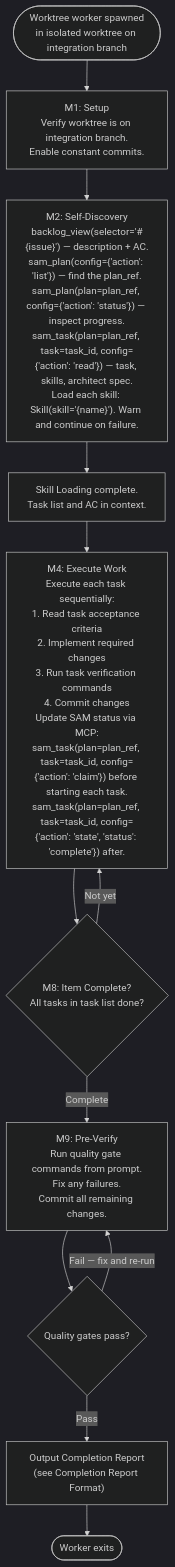
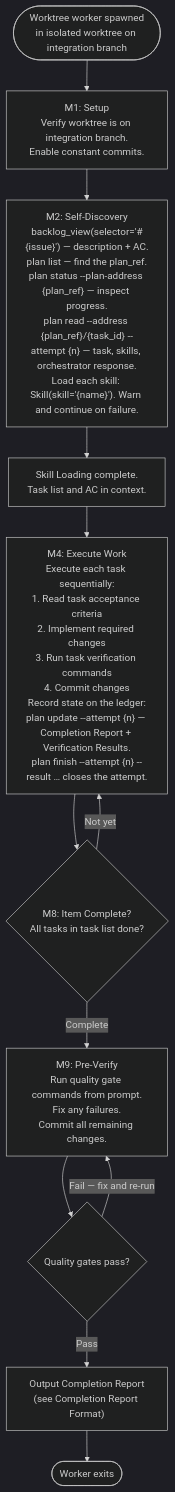
One commit to Jamie-BitFlight/claude_skills changed the first of 2 diagrams in plugins/development-harness/skills/work-milestone/references/worktree-worker-protocol.md. Above: the diagram before and after it, drawn with Mermaid (dark theme). The commit also changed other lines of this file and 358 other files, not shown here.

First line of the commit message:
fix(dh): gate task completion on the worker's report, plus drift guards (#3427)

````diff
--- a/plugins/development-harness/skills/work-milestone/references/worktree-worker-protocol.md
+++ b/plugins/development-harness/skills/work-milestone/references/worktree-worker-protocol.md
@@ -9,21 +9,21 @@
 ```mermaid
 flowchart TD
     Start(["Worktree worker spawned<br>in isolated worktree on integration branch"]) --> M1["M1: Setup<br>Verify worktree is on integration branch.<br>Enable constant commits."]
 
-    M1 --> M2["M2: Self-Discovery<br>backlog_view(selector='#{issue}') — description + AC.<br>sam_plan(config={'action': 'list'}) — find the plan_ref.<br>sam_plan(plan=plan_ref, config={'action': 'status'}) — inspect progress.<br>sam_task(plan=plan_ref, task=task_id, config={'action': 'read'}) — task, skills, architect spec.<br>Load each skill: Skill(skill='{name}'). Warn and continue on failure."]
+    M1 --> M2["M2: Self-Discovery<br>backlog_view(selector='#{issue}') — description + AC.<br>plan list — find the plan_ref.<br>plan status --plan-address {plan_ref} — inspect progress.<br>plan read --address {plan_ref}/{task_id} --attempt {n} — task, skills, orchestrator response.<br>Load each skill: Skill(skill='{name}'). Warn and continue on failure."]
 
     M2 --> SkillLoad["Skill Loading complete.<br>Task list and AC in context."]
 
-    SkillLoad --> M4["M4: Execute Work<br>Execute each task sequentially:<br>1. Read task acceptance criteria<br>2. Implement required changes<br>3. Run task verification commands<br>4. Commit changes<br>Update SAM status via MCP:<br>sam_task(plan=plan_ref, task=task_id, config={'action': 'claim'}) before starting each task.<br>sam_task(plan=plan_ref, task=task_id, config={'action': 'state', 'status': 'complete'}) after."]
+    SkillLoad --> M4["M4: Execute Work<br>Execute each task sequentially:<br>1. Read task acceptance criteria<br>2. Implement required changes<br>3. Run task verification commands<br>4. Commit changes<br>Record state on the ledger:<br>plan update --attempt {n} — Completion Report + Verification Results.<br>plan finish --attempt {n} --result … closes the attempt."]
 
     M4 --> M8{"M8: Item Complete?<br>All tasks in task list done?"}
 
     M8 -->|"Not yet"| M4
     M8 -->|"Complete"| M9["M9: Pre-Verify<br>Run quality gate commands from prompt.<br>Fix any failures.<br>Commit all remaining changes."]
 
     M9 --> GateResult{"Quality gates pass?"}
     GateResult -->|"Fail — fix and re-run"| M9
     GateResult -->|"Pass"| Report["Output Completion Report<br>(see Completion Report Format)"]
 
     Report --> Done(["Worker exits"])
 ```
````
